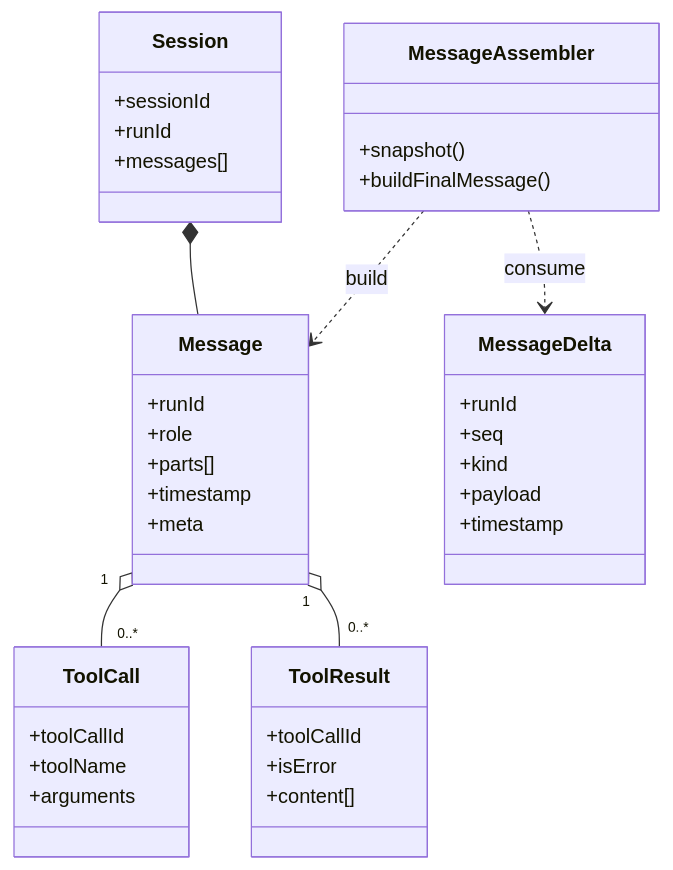
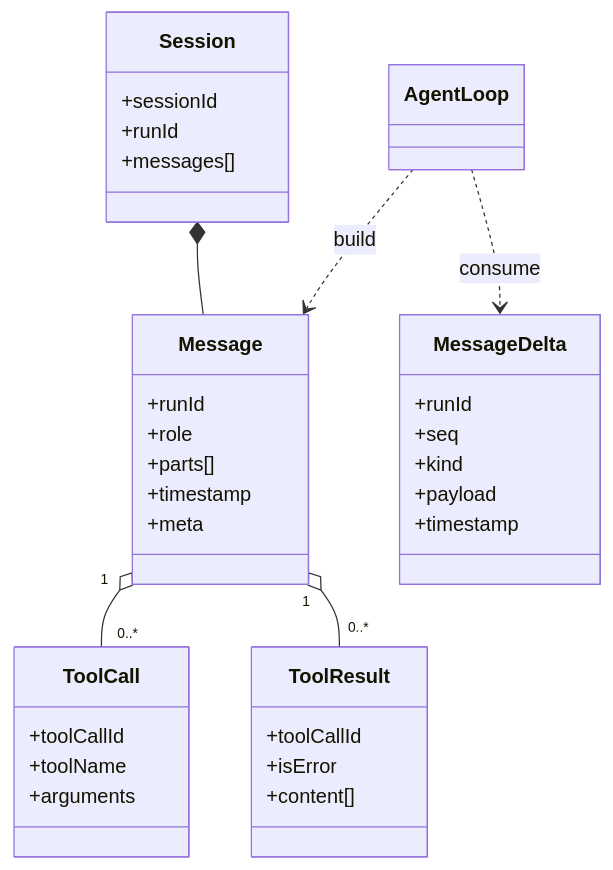
Before and after one commit to WannaTen/sibux_strands: the diagram in docs/02-core-domain-model.md, drawn with Mermaid. The commit also changed other lines of this file and 1 other file, not shown here.

Commit message:
docs: remove MessageAssembler from architecture overview and domain model
Ultraworked with [Sisyphus](https://github.com/code-yeongyu/oh-my-opencode)

````diff
--- a/docs/02-core-domain-model.md
+++ b/docs/02-core-domain-model.md
@@ -114,42 +107,39 @@
 ```mermaid
 classDiagram
     class Session {
       +sessionId
       +runId
       +messages[]
     }
     class Message {
       +runId
       +role
       +parts[]
       +timestamp
       +meta
     }
     class MessageDelta {
       +runId
       +seq
       +kind
       +payload
       +timestamp
     }
-    class MessageAssembler {
-      +snapshot()
-      +buildFinalMessage()
-    }
+
     class ToolCall {
       +toolCallId
       +toolName
       +arguments
     }
     class ToolResult {
       +toolCallId
       +isError
       +content[]
     }
 
     Session *-- Message
     Message "1" o-- "0..*" ToolCall
     Message "1" o-- "0..*" ToolResult
-    MessageAssembler ..> MessageDelta : consume
-    MessageAssembler ..> Message : build
+    AgentLoop ..> MessageDelta : consume
+    AgentLoop ..> Message : build
 ```
````
